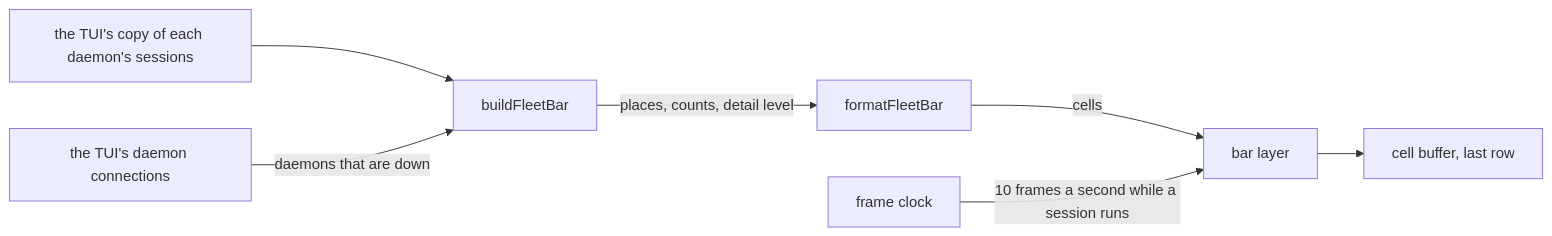
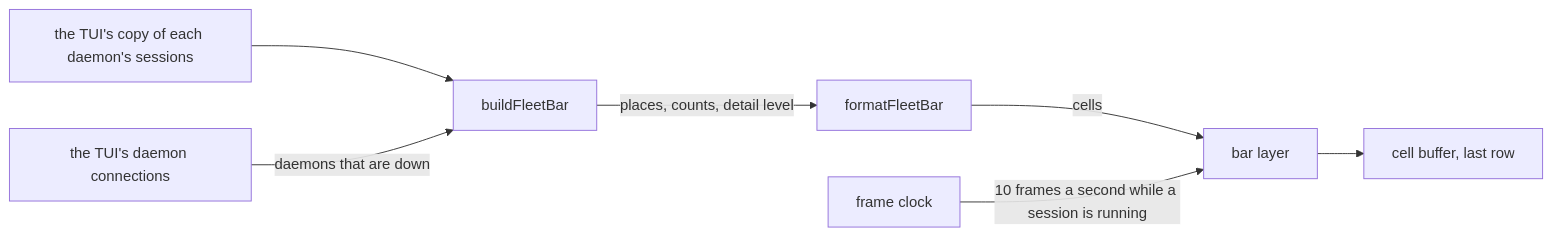
One commit to zgeoff/atc changed the diagram in docs/architecture/tui/fleet-bar.md. Above: the diagram before and after it, drawn with Mermaid. The commit also changed other lines of this file and 47 other files, not shown here.

````diff
--- a/docs/architecture/tui/fleet-bar.md
+++ b/docs/architecture/tui/fleet-bar.md
@@ -21,9 +22,9 @@
 ```mermaid
 flowchart LR
   mirror["the TUI's copy of each daemon's sessions"] --> build[buildFleetBar]
   links["the TUI's daemon connections"] -->|"daemons that are down"| build
   build -->|"places, counts, detail level"| format[formatFleetBar]
   format -->|"cells"| layer[bar layer]
-  clock[frame clock] -->|"10 frames a second while a session runs"| layer
+  clock[frame clock] -->|"10 frames a second while a session is running"| layer
   layer --> buffer["cell buffer, last row"]
 ```
````
